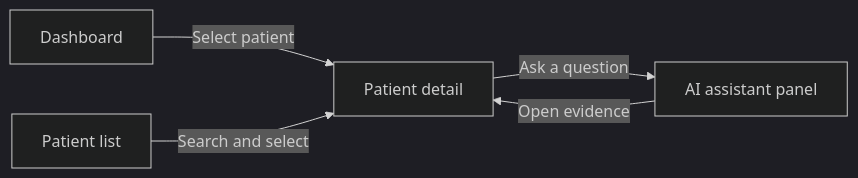
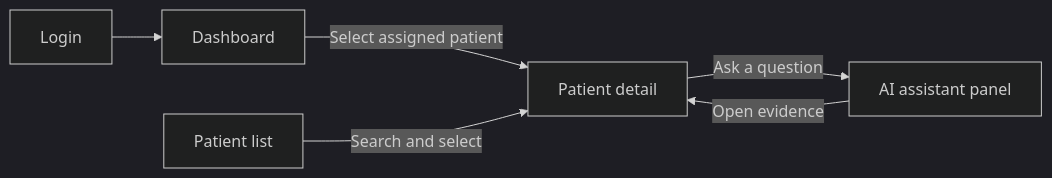
The first of 4 diagrams in docs/architecture.md (myagmb28Dev/Patienty), drawn with Mermaid (dark theme) before and after one commit. The commit also changed other lines of this file and 106 other files, not shown here.

````diff
--- a/docs/architecture.md
+++ b/docs/architecture.md
@@ -49,7 +50,8 @@
 ```mermaid
 flowchart LR
-    Dashboard[Dashboard] -->|Select patient| Detail[Patient detail]
+    Login[Login] --> Dashboard[Dashboard]
+    Dashboard -->|Select assigned patient| Detail[Patient detail]
     Patients[Patient list] -->|Search and select| Detail
     Detail -->|Ask a question| Assistant[AI assistant panel]
     Assistant -->|Open evidence| Detail
 ```
````
